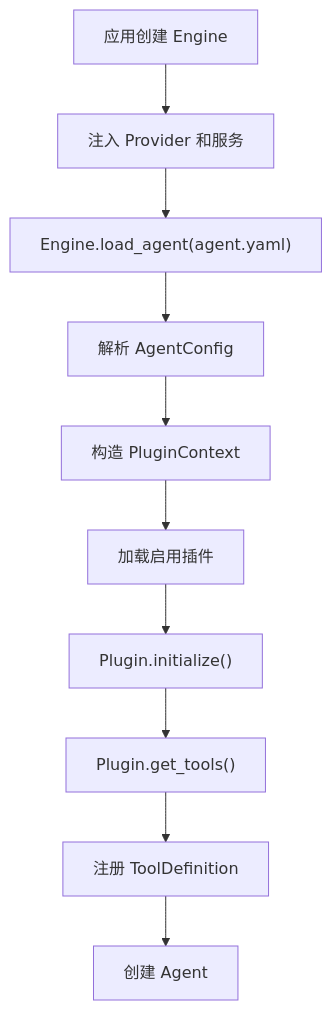
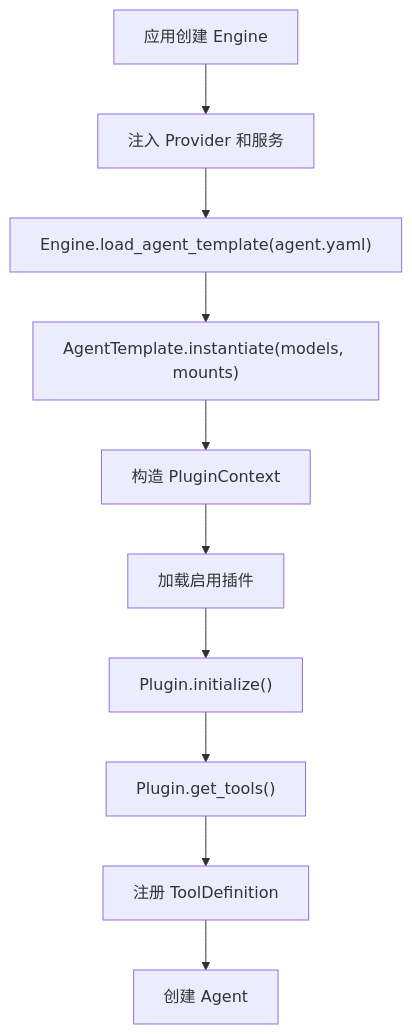
Before and after one commit to axclogo/AxcAgentEngine: the first of 2 diagrams in README.zh-CN.md, drawn with Mermaid. The commit also changed other lines of this file and 59 other files, not shown here.

Commit message:
Refactor agent template instantiation

````diff
--- a/README.zh-CN.md
+++ b/README.zh-CN.md
@@ -285,12 +279,12 @@
 ```mermaid
 flowchart TD
     A["应用创建 Engine"] --> B["注入 Provider 和服务"]
-    B --> C["Engine.load_agent(agent.yaml)"]
-    C --> D["解析 AgentConfig"]
+    B --> C["Engine.load_agent_template(agent.yaml)"]
+    C --> D["AgentTemplate.instantiate(models, mounts)"]
     D --> E["构造 PluginContext"]
     E --> F["加载启用插件"]
     F --> G["Plugin.initialize()"]
     G --> H["Plugin.get_tools()"]
     H --> I["注册 ToolDefinition"]
     I --> J["创建 Agent"]
 ```
````
